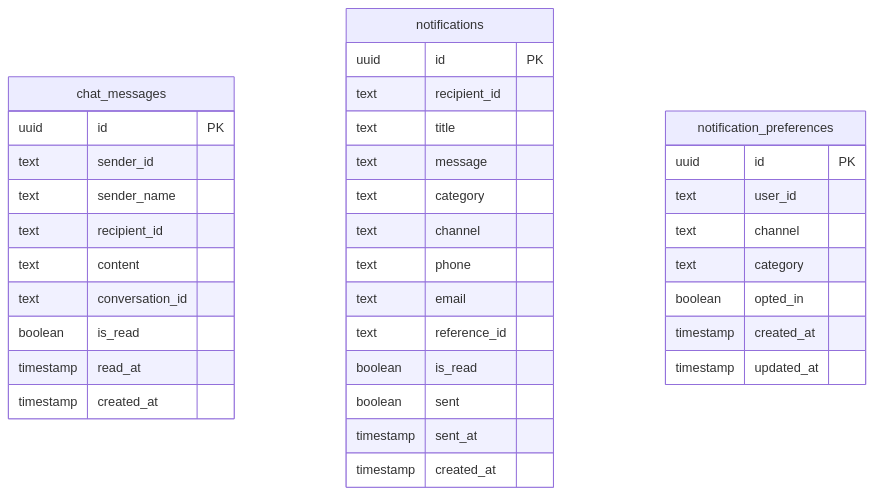
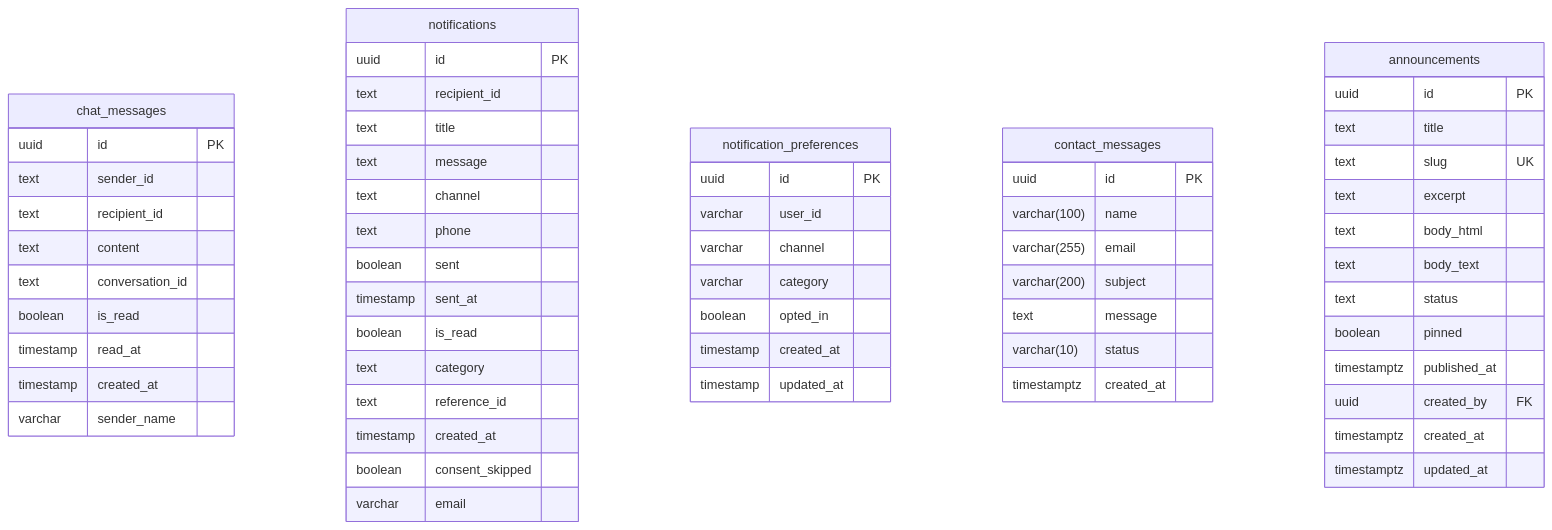
The ninth of 10 diagrams in docs/diagrams/06-erd.md (urlsalimbot/THESIS1-KAPWA), drawn with Mermaid before and after one commit. The commit also changed other lines of this file, not shown here.

First line of the commit message:
docs(erd): physical data model in Oracle Data Modeler notation

````diff
--- a/docs/diagrams/06-erd.md
+++ b/docs/diagrams/06-erd.md
@@ -410,38 +1714,67 @@
 ```mermaid
 erDiagram
-    chat_messages {
+    "chat_messages" {
         uuid id PK
         text sender_id
-        text sender_name
         text recipient_id
         text content
         text conversation_id
         boolean is_read
         timestamp read_at
         timestamp created_at
+        varchar sender_name
     }
-    notifications {
+
+    "notifications" {
         uuid id PK
         text recipient_id
         text title
         text message
-        text category
         text channel
         text phone
-        text email
-        text reference_id
-        boolean is_read
         boolean sent
         timestamp sent_at
+        boolean is_read
+        text category
+        text reference_id
         timestamp created_at
+        boolean consent_skipped
+        varchar email
     }
-    notification_preferences {
+
+    "notification_preferences" {
         uuid id PK
-        text user_id
-        text channel
-        text category
+        varchar user_id
+        varchar channel
+        varchar category
         boolean opted_in
         timestamp created_at
         timestamp updated_at
     }
+
+    "contact_messages" {
+        uuid id PK
+        varchar(100) name
+        varchar(255) email
+        varchar(200) subject
+        text message
+        varchar(10) status
+        timestamptz created_at
+    }
+
+    "announcements" {
+        uuid id PK
+        text title
+        text slug UK
+        text excerpt
+        text body_html
+        text body_text
+        text status
+        boolean pinned
+        timestamptz published_at
+        uuid created_by FK
+        timestamptz created_at
+        timestamptz updated_at
+    }
+
 ```
````
